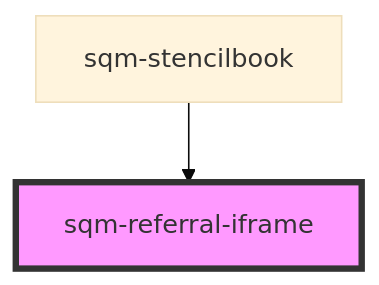
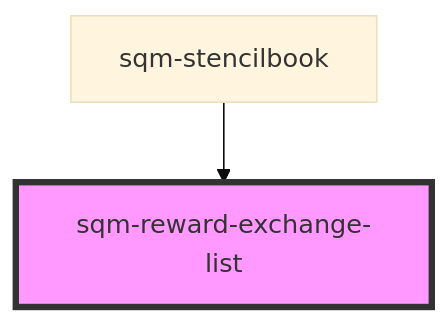
One commit to saasquatch/program-tools changed the diagram in packages/mint-components/src/components/sqm-reward-exchange-list/readme.md. Above: the diagram before and after it, drawn with Mermaid (base theme). The commit also changed other lines of this file and 11 other files, not shown here.

````diff
--- a/packages/mint-components/src/components/sqm-reward-exchange-list/readme.md
+++ b/packages/mint-components/src/components/sqm-reward-exchange-list/readme.md
@@ -25,5 +23,5 @@
 ```mermaid
 graph TD;
-  sqm-stencilbook --> sqm-referral-iframe
-  style sqm-referral-iframe fill:#f9f,stroke:#333,stroke-width:4px
+  sqm-stencilbook --> sqm-reward-exchange-list
+  style sqm-reward-exchange-list fill:#f9f,stroke:#333,stroke-width:4px
 ```
````
